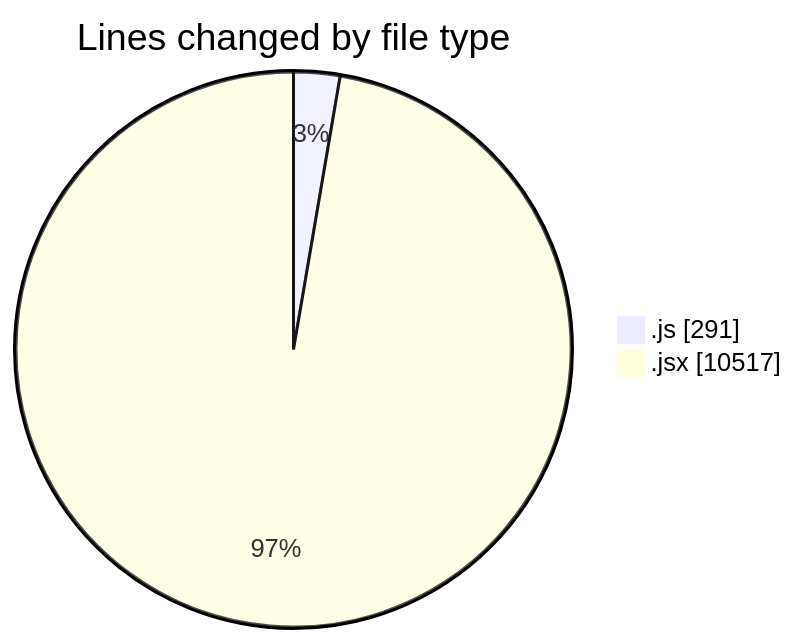
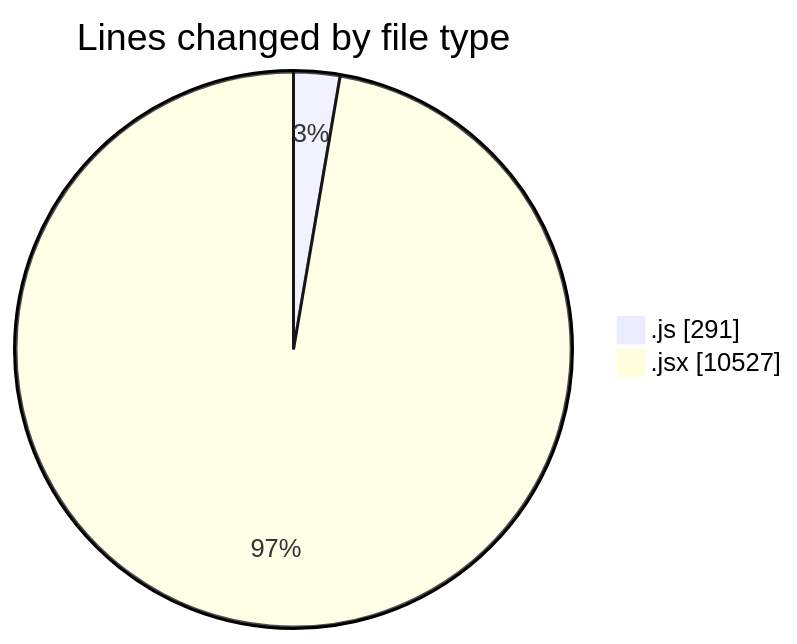
One commit to nxtqubesakshisongat/code-tracking changed the first of 2 diagrams in 2025-07-28/nxtqube_webapp/README.md. Above: the diagram before and after it, drawn with Mermaid. The commit also changed other lines of this file and 1 other file, not shown here.

````diff
--- a/2025-07-28/nxtqube_webapp/README.md
+++ b/2025-07-28/nxtqube_webapp/README.md
@@ -45,6 +45,6 @@
 ```mermaid
 pie showData
 title Lines changed by file type
 ".js" : 291
-".jsx" : 10517
+".jsx" : 10527
 ```
````
